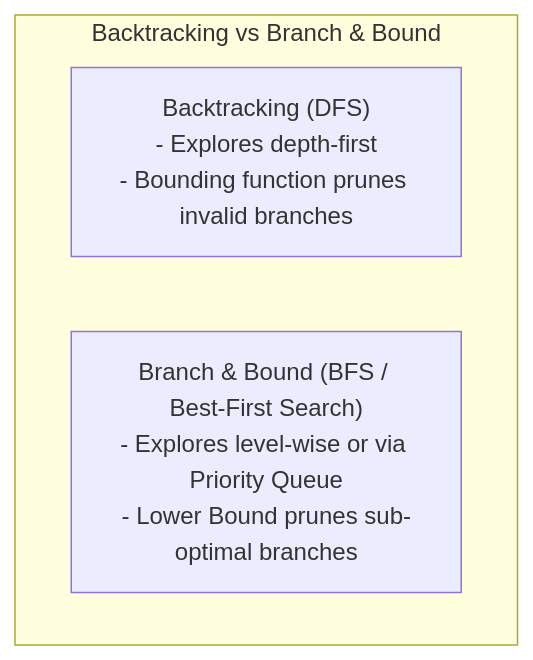
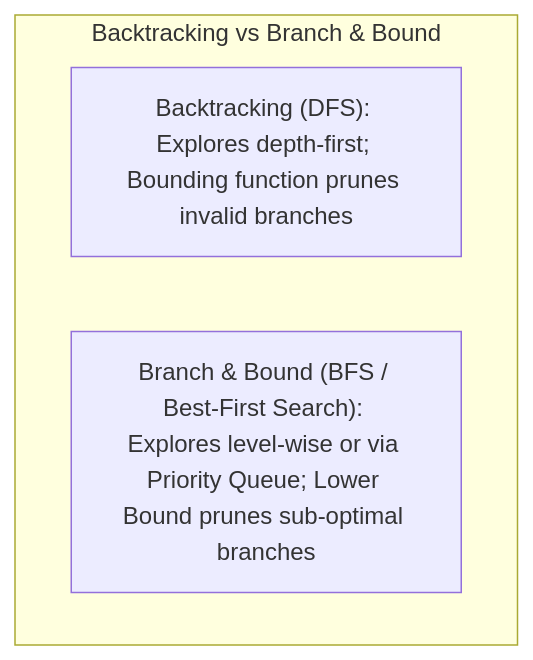
Before and after one commit to DeepLumiere/DeepSkills: the first of 4 diagrams in notes/design_and_analysis_of_algorithms/Unit_07_Backtracking_and_Branch_Bound.md, drawn with Mermaid. The commit also changed other lines of this file and 56 other files, not shown here.

````diff
--- a/notes/design_and_analysis_of_algorithms/Unit_07_Backtracking_and_Branch_Bound.md
+++ b/notes/design_and_analysis_of_algorithms/Unit_07_Backtracking_and_Branch_Bound.md
@@ -19,15 +19,15 @@
 ```mermaid
 
 flowchart TD
 
     subgraph "Backtracking vs Branch & Bound"
 
         direction LR
 
-        BT["Backtracking (DFS)<br>- Explores depth-first<br>- Bounding function prunes invalid branches"]
+        BT["Backtracking (DFS): Explores depth-first; Bounding function prunes invalid branches"]
 
-        BB["Branch & Bound (BFS / Best-First Search)<br>- Explores level-wise or via Priority Queue<br>- Lower Bound prunes sub-optimal branches"]
+        BB["Branch & Bound (BFS / Best-First Search): Explores level-wise or via Priority Queue; Lower Bound prunes sub-optimal branches"]
 
     end
 
 ```
````
